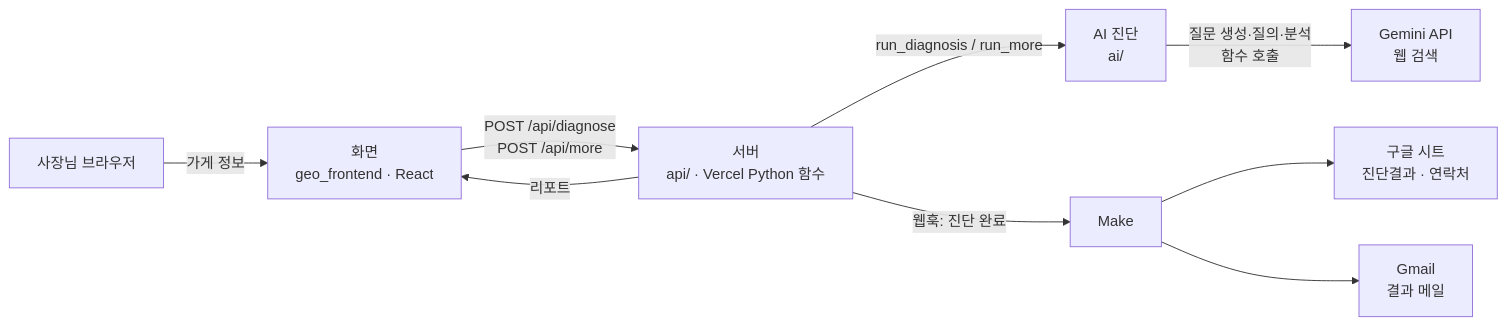
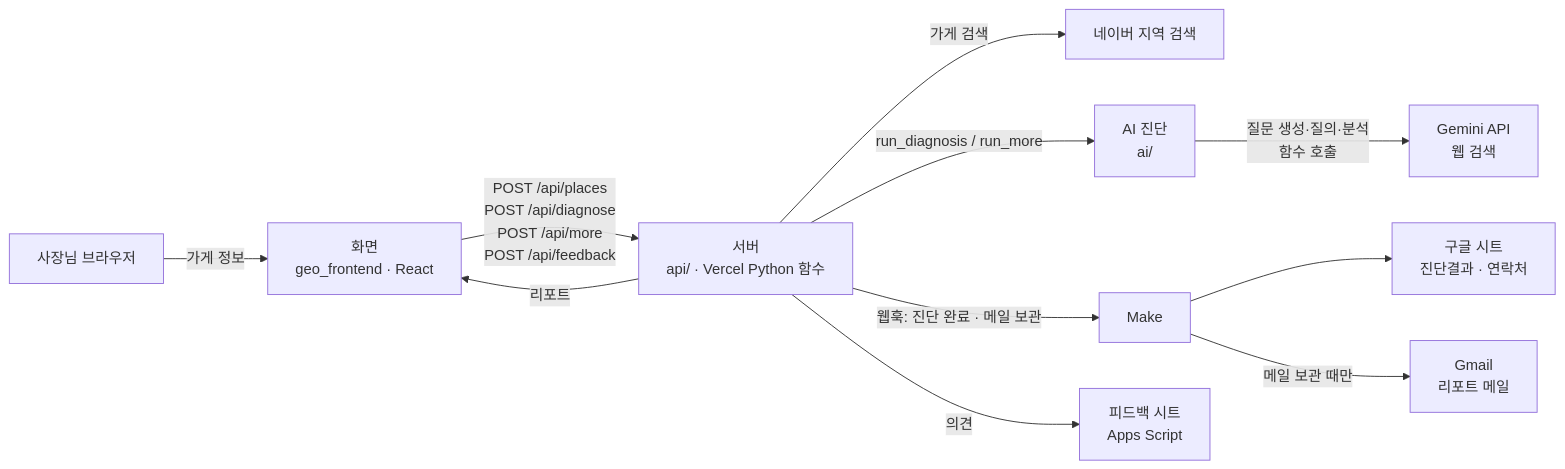
The diagram in docs/기능요구명세서.md (Clay-pieup/Codyssey_Final_GEO), drawn with Mermaid before and after one commit. The commit also changed other lines of this file and 4 other files, not shown here.

````diff
--- a/docs/기능요구명세서.md
+++ b/docs/기능요구명세서.md
@@ -71,11 +71,13 @@
 ```mermaid
 flowchart LR
     U[사장님 브라우저] -->|가게 정보| F[화면<br/>geo_frontend · React]
-    F -->|POST /api/diagnose<br/>POST /api/more| S[서버<br/>api/ · Vercel Python 함수]
+    F -->|POST /api/places<br/>POST /api/diagnose<br/>POST /api/more<br/>POST /api/feedback| S[서버<br/>api/ · Vercel Python 함수]
+    S -->|가게 검색| N[네이버 지역 검색]
     S -->|run_diagnosis / run_more| A[AI 진단<br/>ai/]
     A -->|질문 생성·질의·분석<br/>함수 호출| G[Gemini API<br/>웹 검색]
     S -->|리포트| F
-    S -->|웹훅: 진단 완료| M[Make]
+    S -->|웹훅: 진단 완료 · 메일 보관| M[Make]
     M --> SH[구글 시트<br/>진단결과 · 연락처]
-    M --> GM[Gmail<br/>결과 메일]
+    M -->|메일 보관 때만| GM[Gmail<br/>리포트 메일]
+    S -->|의견| FB[피드백 시트<br/>Apps Script]
 ```
````
